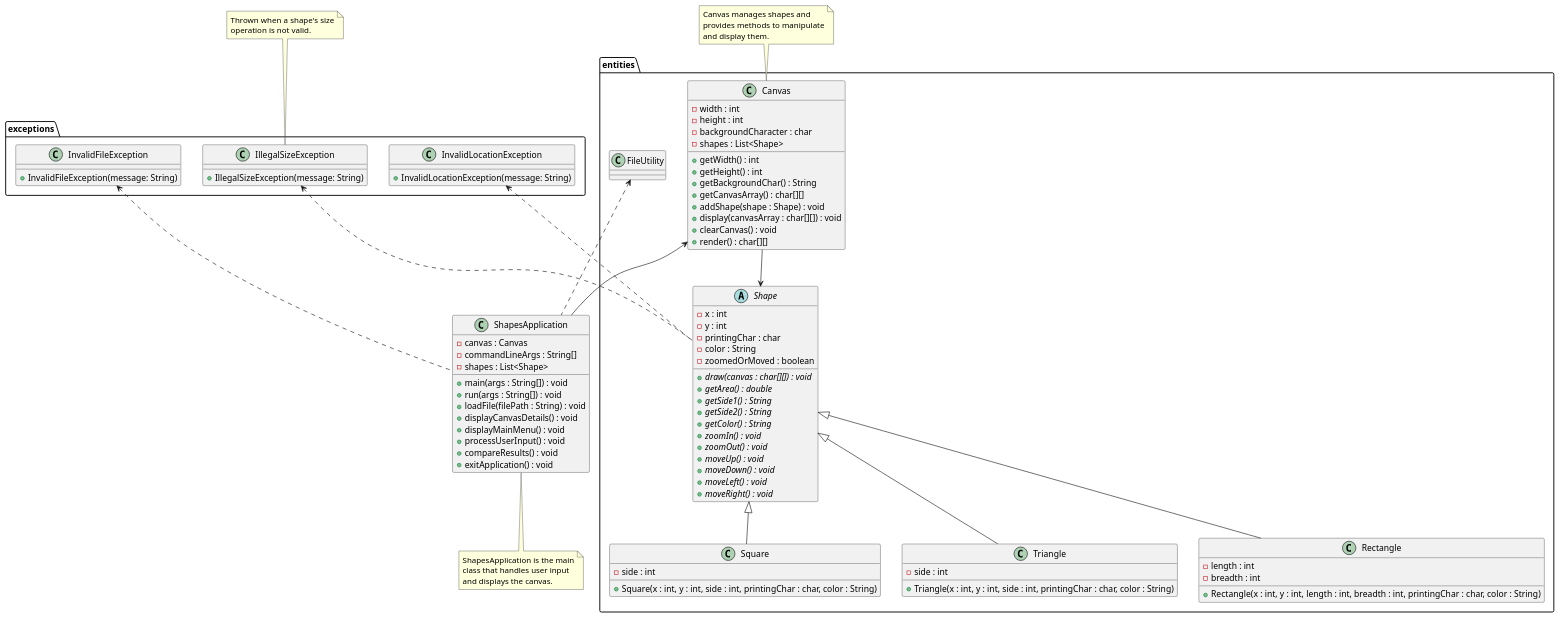
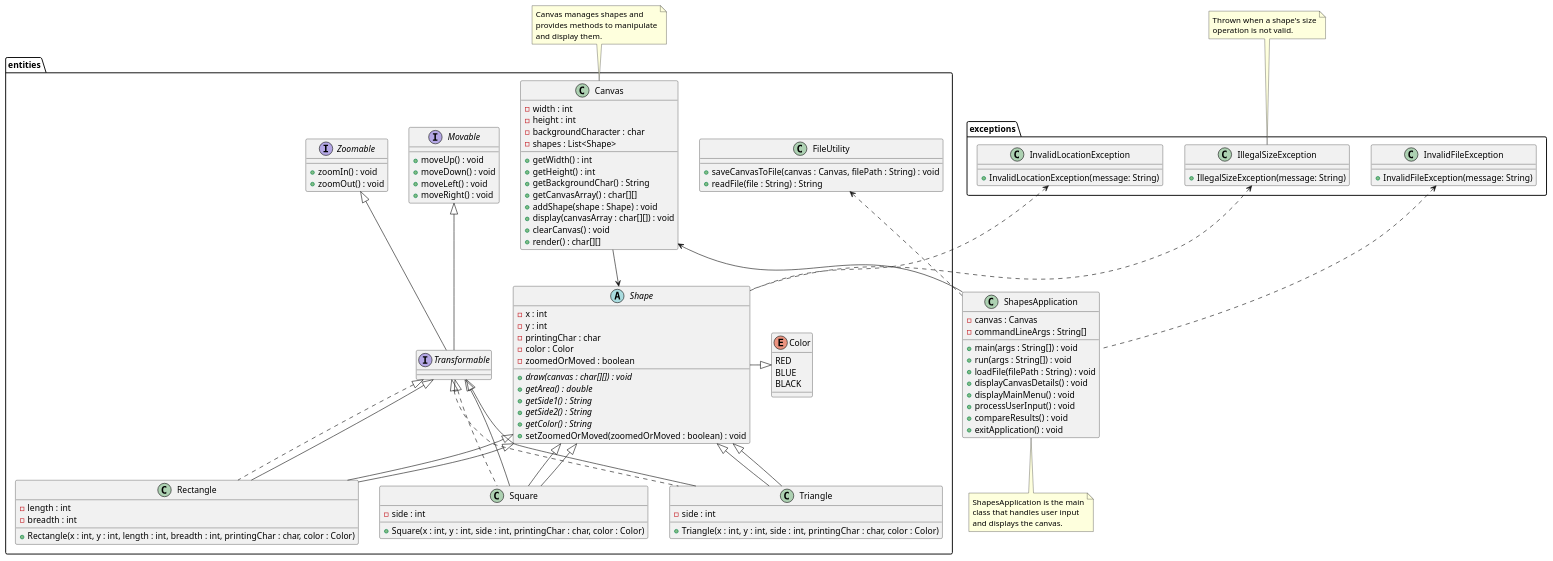
One commit to anyapages/Shapes changed the diagram in src/Shapes.puml. Above: the diagram before and after it, drawn with PlantUML. The commit also changed 51 other files, not shown here.

```diff
--- a/src/Shapes.puml
+++ b/src/Shapes.puml
@@ -1,123 +1,144 @@
 @startuml
 
 ' Package for entity classes
 package entities {
     ' Canvas class represents the drawing area
     class Canvas {
         - width : int
         - height : int
         - backgroundCharacter : char
         - shapes : List<Shape>
         + getWidth() : int
         + getHeight() : int
         + getBackgroundChar() : String
         + getCanvasArray() : char[][]
         + addShape(shape : Shape) : void
         + display(canvasArray : char[][]) : void
         + clearCanvas() : void
         + render() : char[][]
     }
 
+    ' FileUtility class handles file operations
+    class FileUtility {
+        + saveCanvasToFile(canvas : Canvas, filePath : String) : void
+        + readFile(file : String) : String
+    }
+
     ' Abstract Shape class for common shape properties and methods
     abstract class Shape {
         - x : int
         - y : int
         - printingChar : char
-        - color : String
+        - color : Color
         - zoomedOrMoved : boolean
         {abstract} + draw(canvas : char[][]) : void
         {abstract} + getArea() : double
         {abstract} + getSide1() : String
         {abstract} + getSide2() : String
         {abstract} + getColor() : String
-        {abstract} + zoomIn() : void
-        {abstract} + zoomOut() : void
-        {abstract} + moveUp() : void
-        {abstract} + moveDown() : void
-        {abstract} + moveLeft() : void
-        {abstract} + moveRight() : void
+        + setZoomedOrMoved(zoomedOrMoved : boolean) : void
     }
 
-    ' Triangle class represents a triangle shape
-    class Triangle {
+    ' Triangle, Rectangle, Square classes
+    class Triangle extends Shape implements Transformable {
         - side : int
-        + Triangle(x : int, y : int, side : int, printingChar : char, color : String)
+        + Triangle(x : int, y : int, side : int, printingChar : char, color : Color)
+    }
+    class Rectangle extends Shape implements Transformable {
+        - length : int
+        - breadth : int
+        + Rectangle(x : int, y : int, length : int, breadth : int, printingChar : char, color : Color)
+    }
+    class Square extends Shape implements Transformable {
+        - side : int
+        + Square(x : int, y : int, side : int, printingChar : char, color : Color)
     }
 
-    ' Rectangle class represents a rectangle shape
-    class Rectangle {
-        - length : int
-        - breadth : int
-        + Rectangle(x : int, y : int, length : int, breadth : int, printingChar : char, color : String)
+    ' Enum for color
+    enum Color {
+        RED
+        BLUE
+        BLACK
     }
 
-    ' Square class represents a square shape
-    class Square {
-        - side : int
-        + Square(x : int, y : int, side : int, printingChar : char, color : String)
+    ' Interfaces for movement and zoom
+    interface Movable {
+        + moveUp() : void
+        + moveDown() : void
+        + moveLeft() : void
+        + moveRight() : void
+    }
+    interface Zoomable {
+        + zoomIn() : void
+        + zoomOut() : void
+    }
+    interface Transformable extends Movable, Zoomable {
     }
 }
 
 ' Package for custom exceptions
 package exceptions {
     ' Exception for illegal size operations
     class IllegalSizeException {
         + IllegalSizeException(message: String)
     }
 
     ' Exception for invalid file format or content
     class InvalidFileException {
         + InvalidFileException(message: String)
     }
 
     ' Exception for invalid shape location
     class InvalidLocationException {
         + InvalidLocationException(message: String)
     }
 }
 
 ' Main application class
 class ShapesApplication {
     - canvas : Canvas
     - commandLineArgs : String[]
-    - shapes : List<Shape>
     + main(args : String[]) : void
     + run(args : String[]) : void
     + loadFile(filePath : String) : void
     + displayCanvasDetails() : void
     + displayMainMenu() : void
     + processUserInput() : void
     + compareResults() : void
     + exitApplication() : void
 }
 
 ' Relationships between classes
 ShapesApplication --> entities.Canvas
 entities.Canvas --> entities.Shape
 entities.Shape <|-- entities.Triangle
 entities.Shape <|-- entities.Rectangle
 entities.Shape <|-- entities.Square
+entities.Triangle -up-|> entities.Transformable
+entities.Rectangle -up-|> entities.Transformable
+entities.Square -up-|> entities.Transformable
+entities.Shape -right-|> entities.Color
 entities.FileUtility <.. ShapesApplication
 exceptions.IllegalSizeException <.. entities.Shape
 exceptions.InvalidFileException <.. ShapesApplication
 exceptions.InvalidLocationException <.. entities.Shape
 
 ' Notes for additional context
 note bottom of ShapesApplication
   ShapesApplication is the main
   class that handles user input
   and displays the canvas.
 end note
 
 note top of entities.Canvas
   Canvas manages shapes and
   provides methods to manipulate
   and display them.
 end note
 
 note top of exceptions.IllegalSizeException
   Thrown when a shape's size
   operation is not valid.
 end note
 
 @enduml
```
